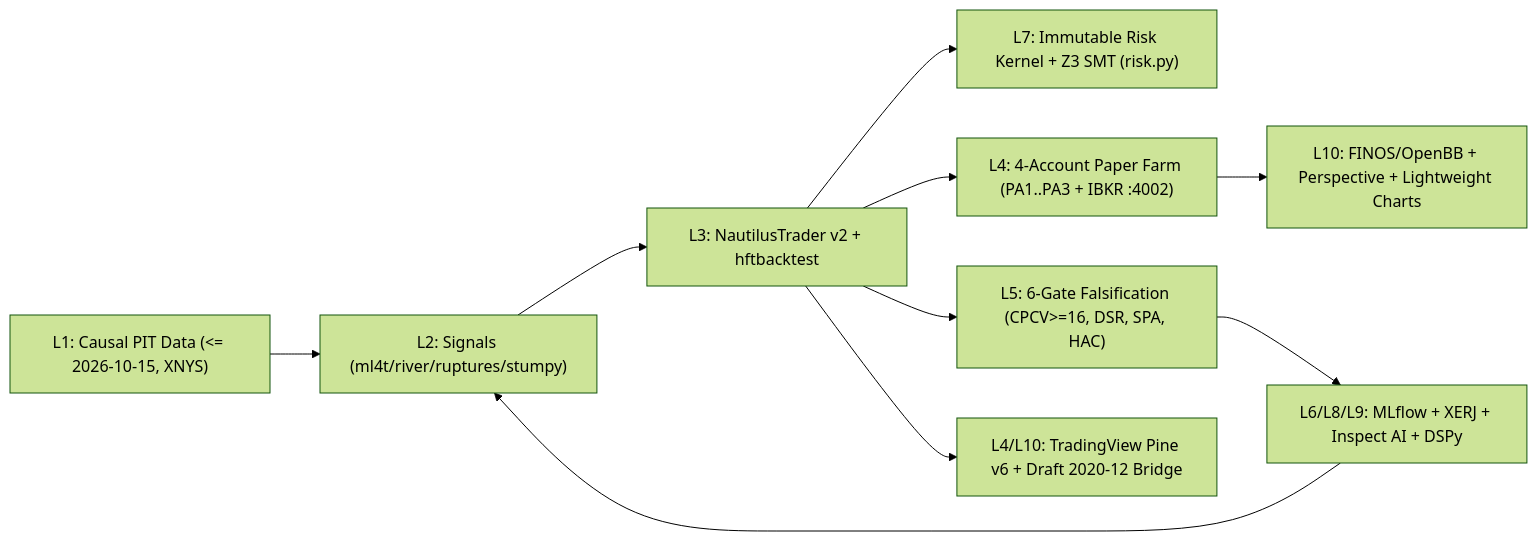
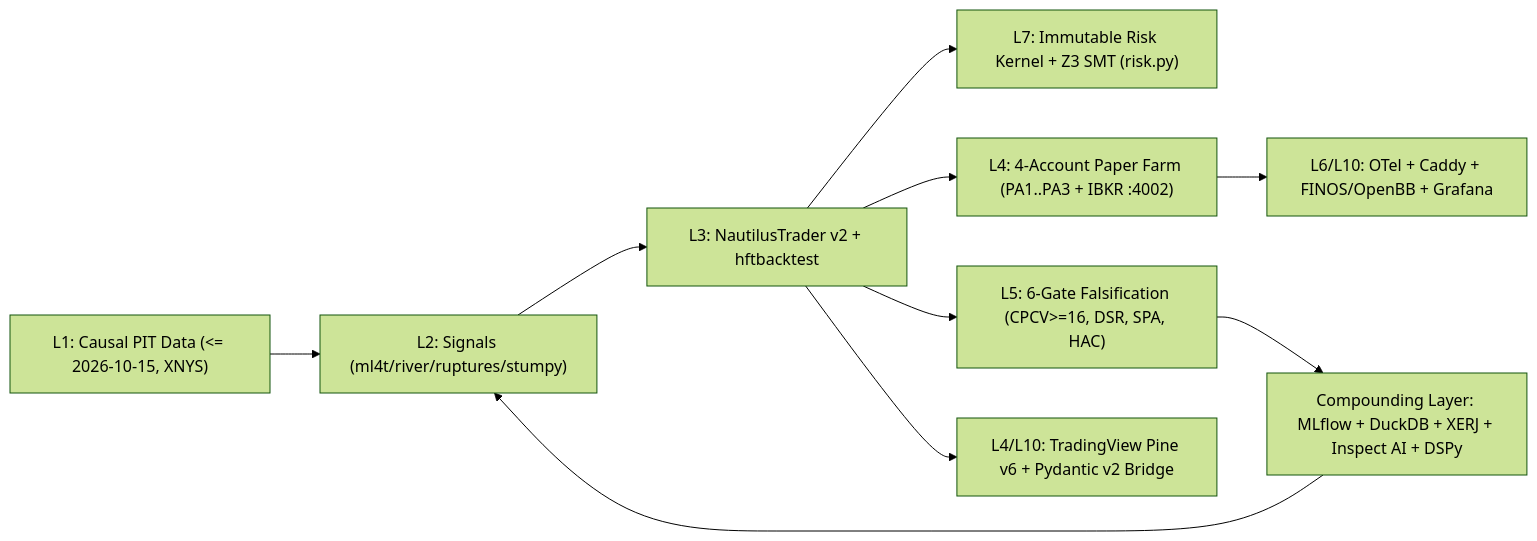
One commit to seathatflowsinourveins/noesis changed the diagram in docs/index.md. Above: the diagram before and after it, drawn with Mermaid (forest theme). The commit also changed other lines of this file and 57 other files, not shown here.

````diff
--- a/docs/index.md
+++ b/docs/index.md
@@ -12,12 +12,12 @@
 ```mermaid
 flowchart LR
     PIT["L1: Causal PIT Data (<= 2026-10-15, XNYS)"] --> SIG["L2: Signals (ml4t/river/ruptures/stumpy)"]
     SIG --> ENG["L3: NautilusTrader v2 + hftbacktest"]
     ENG --> RSK["L7: Immutable Risk Kernel + Z3 SMT (risk.py)"]
     ENG --> VAL["L5: 6-Gate Falsification (CPCV>=16, DSR, SPA, HAC)"]
     ENG --> PF["L4: 4-Account Paper Farm (PA1..PA3 + IBKR :4002)"]
-    ENG --> TV["L4/L10: TradingView Pine v6 + Draft 2020-12 Bridge"]
-    VAL --> COMP["L6/L8/L9: MLflow + XERJ + Inspect AI + DSPy"]
-    PF --> UI["L10: FINOS/OpenBB + Perspective + Lightweight Charts"]
+    ENG --> TV["L4/L10: TradingView Pine v6 + Pydantic v2 Bridge"]
+    VAL --> COMP["Compounding Layer: MLflow + DuckDB + XERJ + Inspect AI + DSPy"]
+    PF --> UI["L6/L10: OTel + Caddy + FINOS/OpenBB + Grafana"]
     COMP --> SIG
 ```
````
